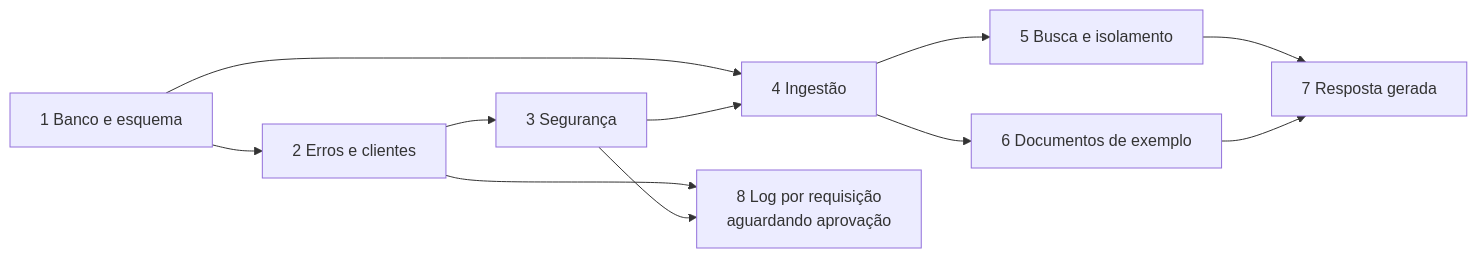
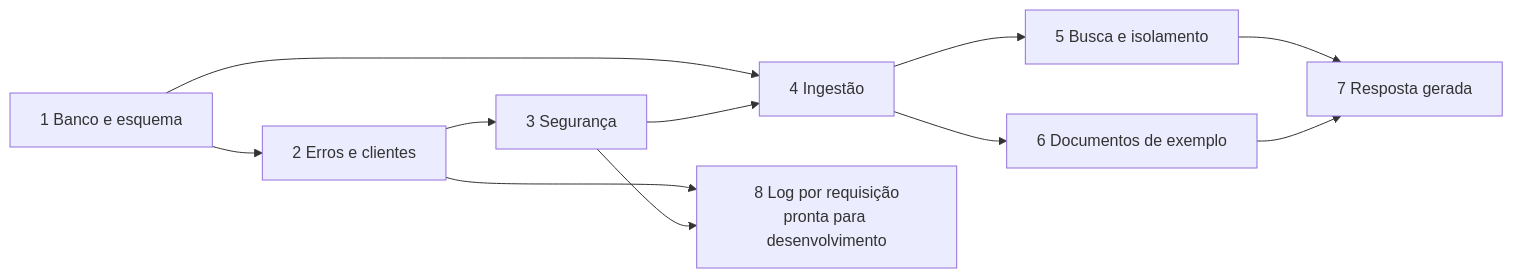
The diagram in docs/arquitetura/09 Plano de implementacao.md (ValSousa/tenant-rag-pgvector), drawn with Mermaid before and after one commit. The commit also changed other lines of this file and 66 other files, not shown here.

````diff
--- a/docs/arquitetura/09 Plano de implementacao.md
+++ b/docs/arquitetura/09 Plano de implementacao.md
@@ -101,13 +100,13 @@
 ```mermaid
 flowchart LR
     E1[1 Banco e esquema] --> E2[2 Erros e clientes]
     E2 --> E3[3 Segurança]
     E1 --> E4[4 Ingestão]
     E3 --> E4
     E4 --> E5[5 Busca e isolamento]
     E4 --> E6[6 Documentos de exemplo]
     E5 --> E7[7 Resposta gerada]
     E6 --> E7
-    E2 --> E8[8 Log por requisição<br/>aguardando aprovação]
+    E2 --> E8[8 Log por requisição<br/>pronta para desenvolvimento]
     E3 --> E8
 ```
````
